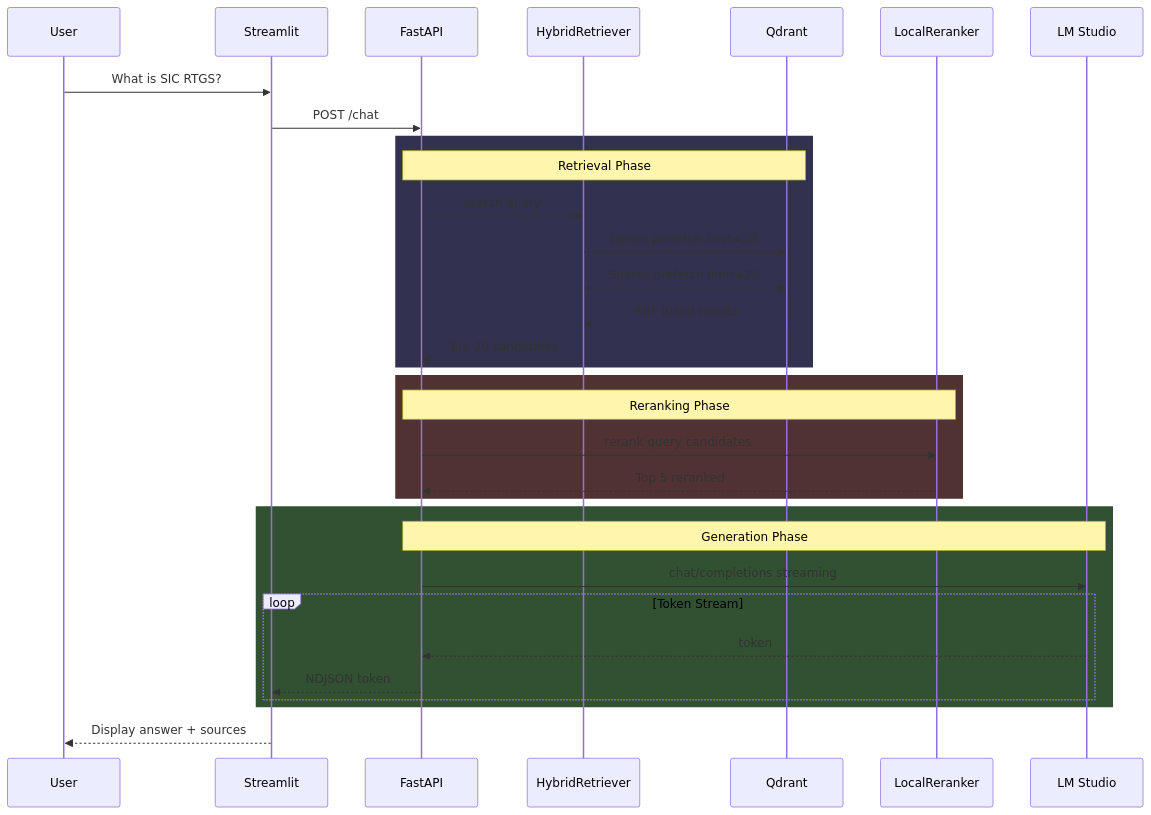
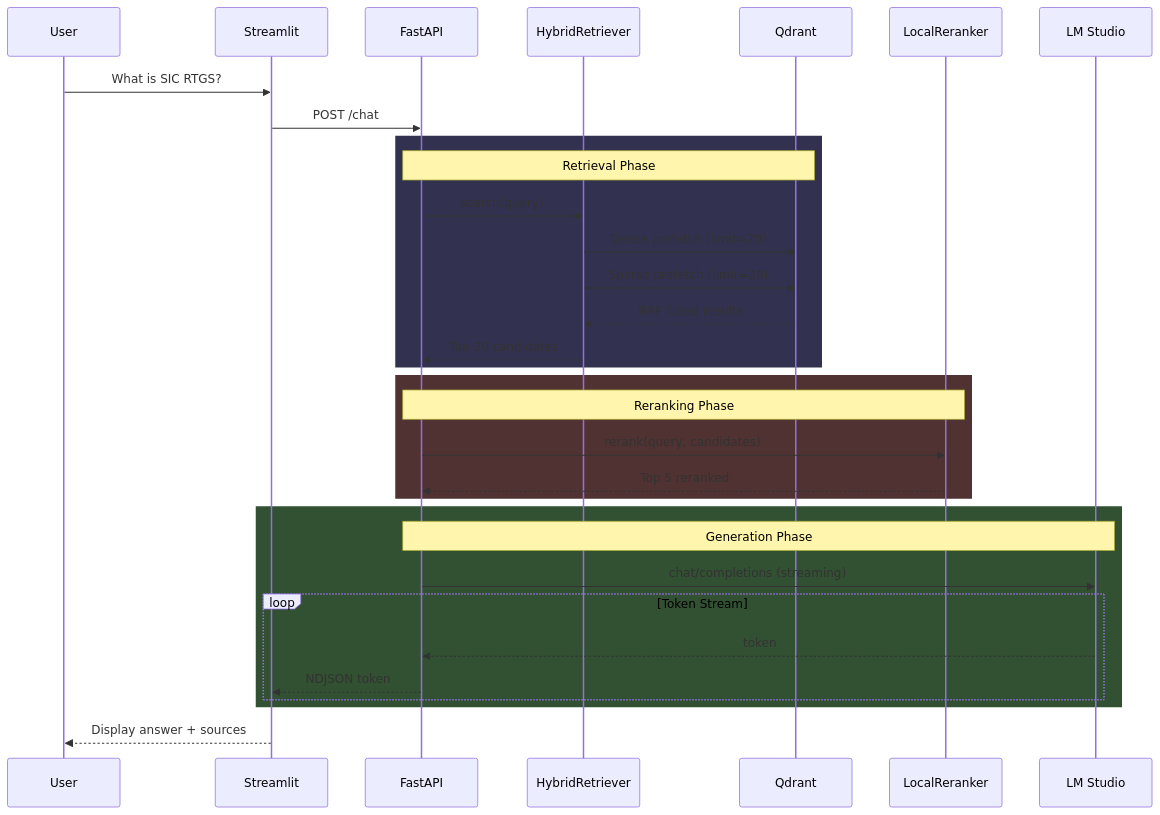
Before and after one commit to reuben809/enterprise_confluence_ai: the fourth of 5 diagrams in docs/SYSTEM_DOCUMENTATION.md, drawn with Mermaid. The commit also changed other lines of this file and 15 other files, not shown here.

````diff
--- a/docs/SYSTEM_DOCUMENTATION.md
+++ b/docs/SYSTEM_DOCUMENTATION.md
@@ -211,39 +199,39 @@
 ```mermaid
 sequenceDiagram
     participant U as User
     participant UI as Streamlit
     participant API as FastAPI
     participant RET as HybridRetriever
     participant QD as Qdrant
     participant RRK as LocalReranker
     participant LLM as LM Studio
-    
+
     U->>UI: What is SIC RTGS?
     UI->>API: POST /chat
-    
+
     rect rgb(50, 50, 80)
         Note over API,QD: Retrieval Phase
-        API->>RET: search query
-        RET->>QD: Dense prefetch limit=20
-        RET->>QD: Sparse prefetch limit=20
+        API->>RET: search(query)
+        RET->>QD: Dense prefetch (limit=20)
+        RET->>QD: Sparse prefetch (limit=20)
         QD-->>RET: RRF fused results
         RET-->>API: Top 20 candidates
     end
-    
+
     rect rgb(80, 50, 50)
         Note over API,RRK: Reranking Phase
-        API->>RRK: rerank query candidates
+        API->>RRK: rerank(query, candidates)
         RRK-->>API: Top 5 reranked
     end
-    
+
     rect rgb(50, 80, 50)
         Note over API,LLM: Generation Phase
-        API->>LLM: chat/completions streaming
+        API->>LLM: chat/completions (streaming)
         loop Token Stream
             LLM-->>API: token
             API-->>UI: NDJSON token
         end
     end
-    
+
     UI-->>U: Display answer + sources
 ```
````
